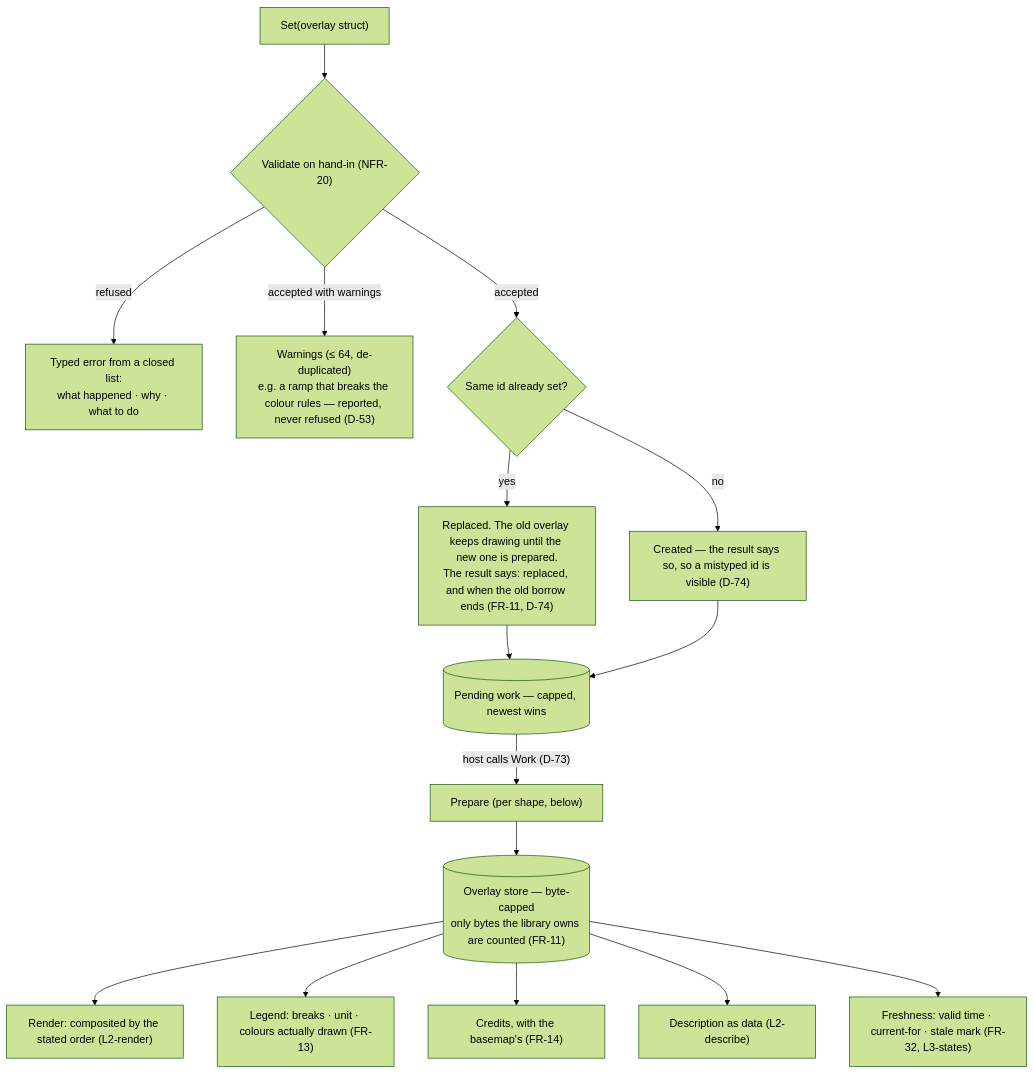
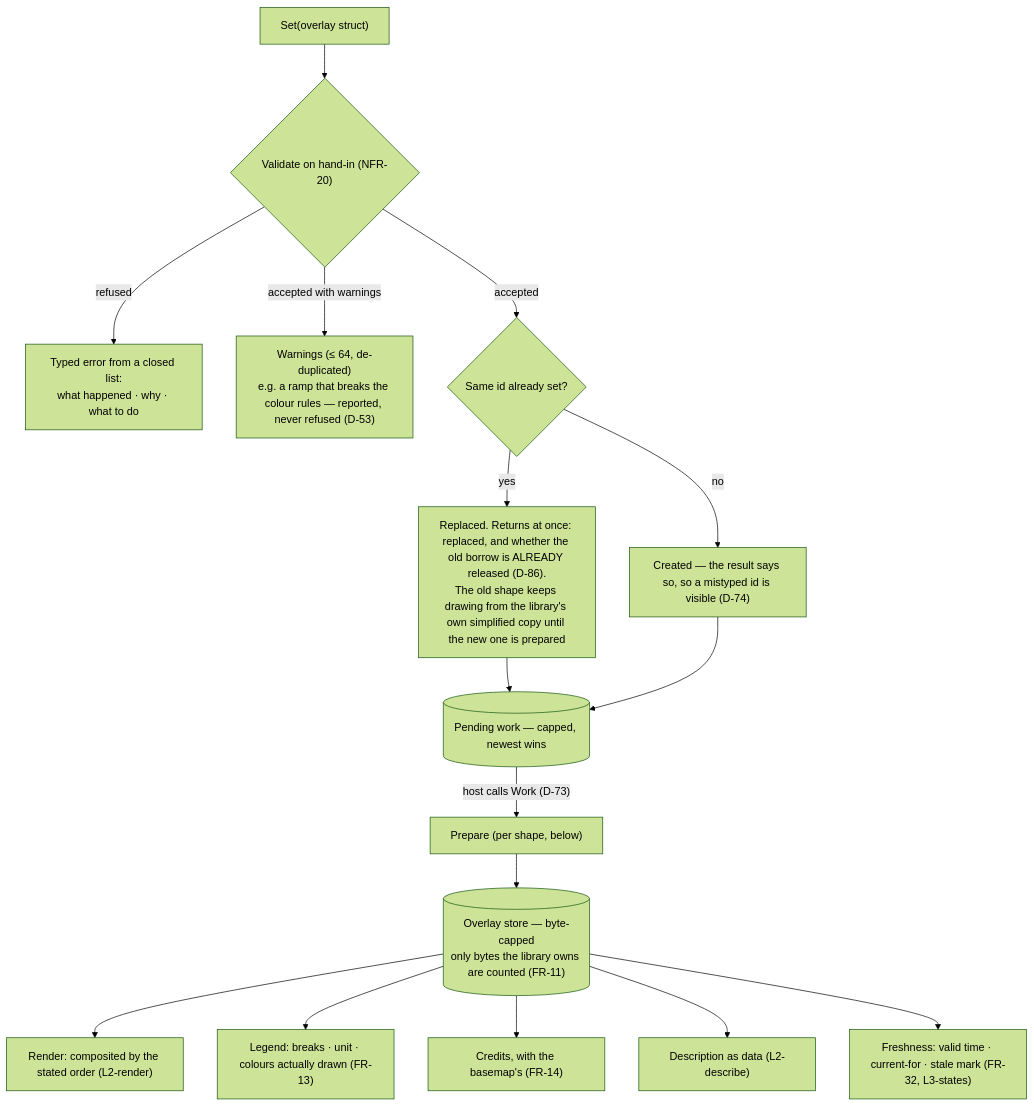
The first of 3 diagrams in 06_docs/02_features/go-tuimaps/03-architecture-design/L2-overlays.md (branden-thompson/go-tuimaps), drawn with Mermaid (forest theme) before and after one commit. The commit also changed 7 other files, not shown here.

````diff
--- a/06_docs/02_features/go-tuimaps/03-architecture-design/L2-overlays.md
+++ b/06_docs/02_features/go-tuimaps/03-architecture-design/L2-overlays.md
@@ -9,18 +9,18 @@
 ```mermaid
 flowchart TB
     SET["Set(overlay struct)"] --> VAL{"Validate on hand-in (NFR-20)"}
     VAL -- "refused" --> ERR["Typed error from a closed list:<br/>what happened · why · what to do"]
     VAL -- "accepted with warnings" --> WARN["Warnings (≤ 64, de-duplicated)<br/>e.g. a ramp that breaks the colour rules — reported, never refused (D-53)"]
     VAL -- "accepted" --> REPL{"Same id already set?"}
-    REPL -- yes --> OLD["Replaced. The old overlay keeps drawing until the new one is prepared.<br/>The result says: replaced, and when the old borrow ends (FR-11, D-74)"]
+    REPL -- yes --> OLD["Replaced. Returns at once: replaced, and whether the old borrow is ALREADY released (D-86).<br/>The old shape keeps drawing from the library's own simplified copy until the new one is prepared"]
     REPL -- no --> NEW["Created — the result says so, so a mistyped id is visible (D-74)"]
     OLD --> Q
     NEW --> Q
     Q[("Pending work — capped, newest wins")] -- "host calls Work (D-73)" --> PREP["Prepare (per shape, below)"]
     PREP --> STORE[("Overlay store — byte-capped<br/>only bytes the library owns are counted (FR-11)")]
     STORE --> DRAW["Render: composited by the stated order (L2-render)"]
     STORE --> LEG["Legend: breaks · unit · colours actually drawn (FR-13)"]
     STORE --> CRED["Credits, with the basemap's (FR-14)"]
     STORE --> DESC["Description as data (L2-describe)"]
     STORE --> FRESH["Freshness: valid time · current-for · stale mark (FR-32, L3-states)"]
 ```
````
